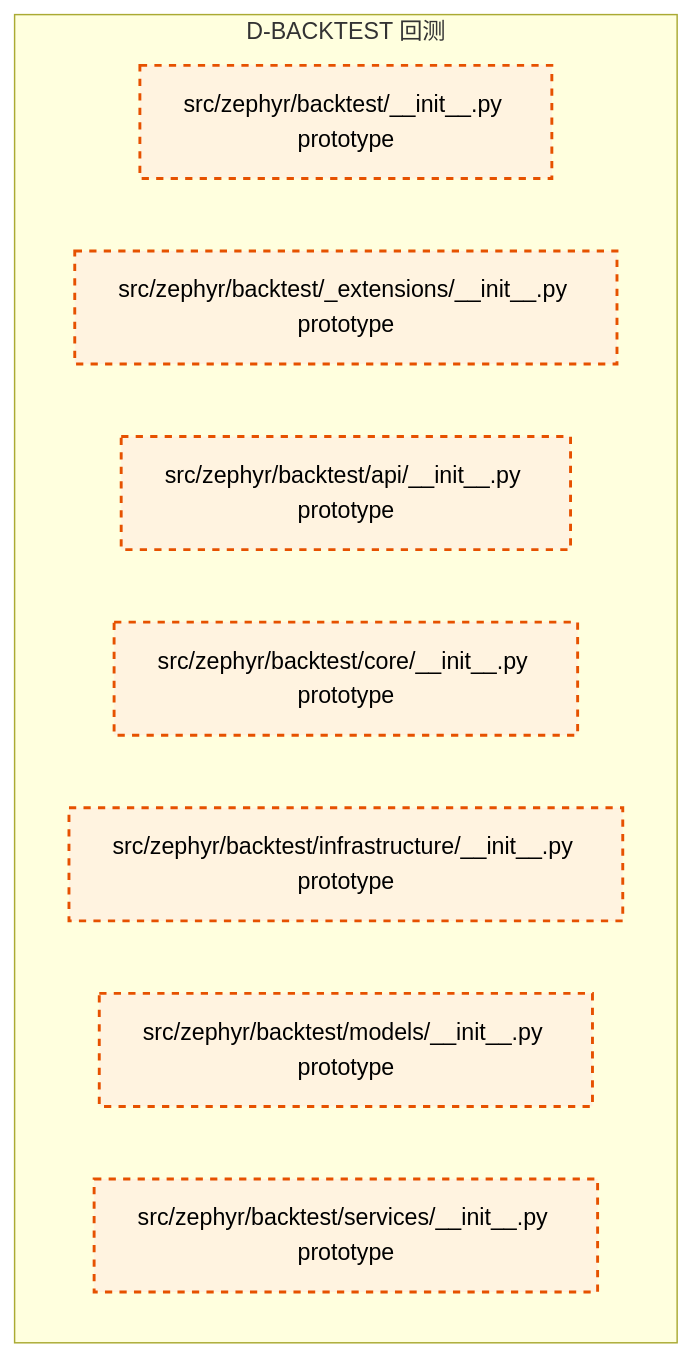
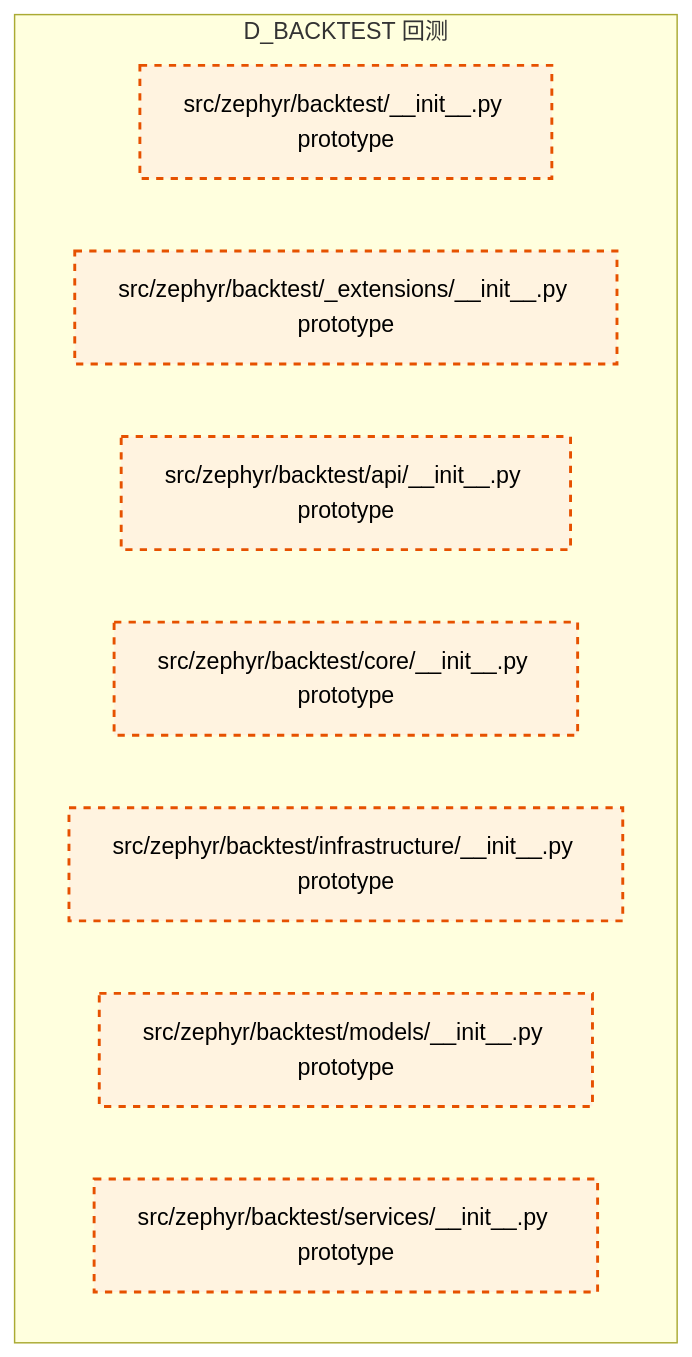
The diagram in docs/02_enterprise_architecture/02_domain_architecture_docs/24_d_backtest.md (xuanFelixVan/ZephyrAlpha), drawn with Mermaid before and after one commit. The commit also changed other lines of this file and 106 other files, not shown here.

````diff
--- a/docs/02_enterprise_architecture/02_domain_architecture_docs/24_d_backtest.md
+++ b/docs/02_enterprise_architecture/02_domain_architecture_docs/24_d_backtest.md
@@ -47,17 +47,17 @@
 ```mermaid
 graph TD
-    subgraph D_BACKTEST["D-BACKTEST 回测"]
+    subgraph D_BACKTEST["D_BACKTEST 回测"]
         src_zephyr_backtest_init_py["src/zephyr/backtest/__init__.py prototype"]
         src_zephyr_backtest_extensions_init_py["src/zephyr/backtest/_extensions/__init__.py prototype"]
         src_zephyr_backtest_api_init_py["src/zephyr/backtest/api/__init__.py prototype"]
         src_zephyr_backtest_core_init_py["src/zephyr/backtest/core/__init__.py prototype"]
         src_zephyr_backtest_infrastructure_init_py["src/zephyr/backtest/infrastructure/__init__.py prototype"]
         src_zephyr_backtest_models_init_py["src/zephyr/backtest/models/__init__.py prototype"]
         src_zephyr_backtest_services_init_py["src/zephyr/backtest/services/__init__.py prototype"]
     end
     classDef production fill:#e1f5fe,stroke:#01579b,stroke-width:2px,color:#000
     classDef design fill:#fff3e0,stroke:#e65100,stroke-width:2px,color:#000,stroke-dasharray: 5 5
     classDef external_prod fill:#e8f5e9,stroke:#1b5e20,stroke-width:1px,color:#000
     classDef external_design fill:#fce4ec,stroke:#880e4f,stroke-width:1px,color:#000,stroke-dasharray: 5 5
     class src_zephyr_backtest_init_py,src_zephyr_backtest_extensions_init_py,src_zephyr_backtest_api_init_py,src_zephyr_backtest_core_init_py,src_zephyr_backtest_infrastructure_init_py,src_zephyr_backtest_models_init_py,src_zephyr_backtest_services_init_py design
 ```
````
